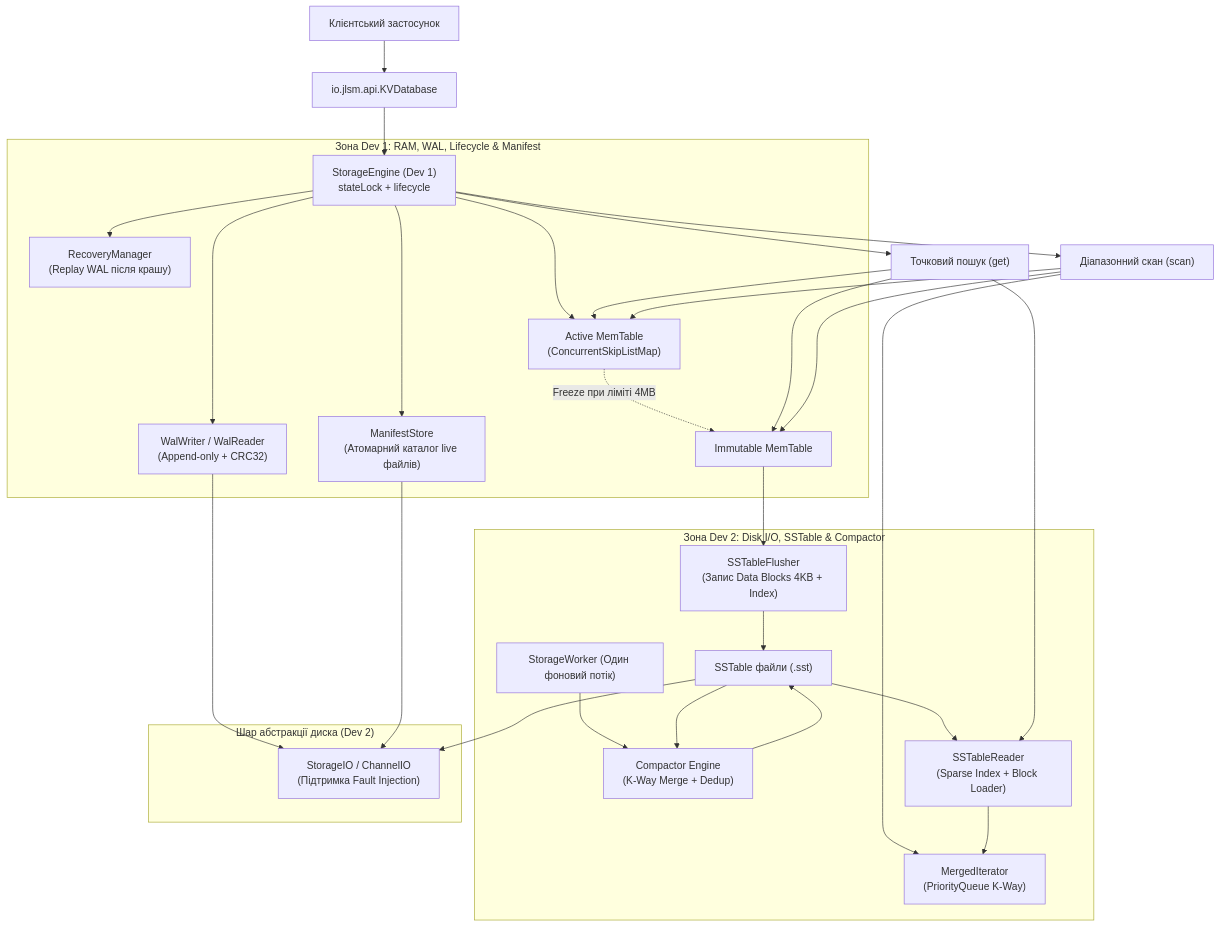
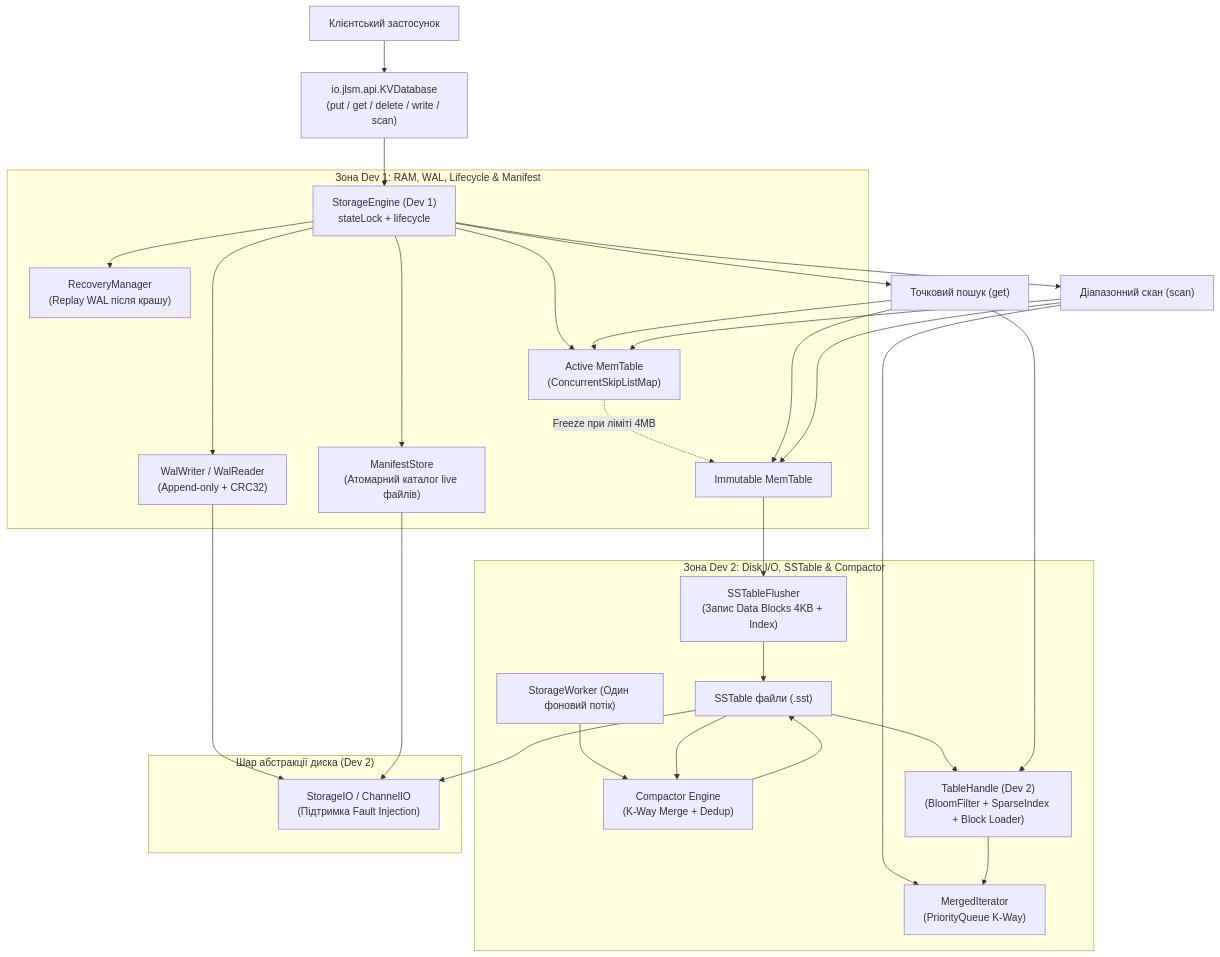
The first of 6 diagrams in docs/DEVELOPMENT.md (yakukhno02/J-LSM), drawn with Mermaid before and after one commit. The commit also changed other lines of this file, not shown here.

Commit message:
docs: update architecture and get flowcharts with BloomFilter and WriteBatch

````diff
--- a/docs/DEVELOPMENT.md
+++ b/docs/DEVELOPMENT.md
@@ -29,44 +29,44 @@
 ```mermaid
 flowchart TD
-    Client["Клієнтський застосунок"] --> API["io.jlsm.api.KVDatabase"]
+    Client["Клієнтський застосунок"] --> API["io.jlsm.api.KVDatabase<br>(put / get / delete / write / scan)"]
     API --> Engine["StorageEngine (Dev 1)<br>stateLock + lifecycle"]
       
     subgraph Dev1Scope["Зона Dev 1: RAM, WAL, Lifecycle & Manifest"]
         Engine --> WAL["WalWriter / WalReader<br>(Append-only + CRC32)"]
         Engine --> ActiveMT["Active MemTable<br>(ConcurrentSkipListMap)"]
         ActiveMT -.->|Freeze при ліміті 4MB| ImmMT["Immutable MemTable"]
         Engine --> Manifest["ManifestStore<br>(Атомарний каталог live файлів)"]
         Engine --> Recovery["RecoveryManager<br>(Replay WAL після крашу)"]
     end
 
     subgraph Dev2Scope["Зона Dev 2: Disk I/O, SSTable & Compactor"]
         Worker["StorageWorker (Один фоновий потік)"]
         ImmMT --> Flusher["SSTableFlusher<br>(Запис Data Blocks 4KB + Index)"]
         Flusher --> SSTFiles["SSTable файли (.sst)"]
         Worker --> Compactor["Compactor Engine<br>(K-Way Merge + Dedup)"]
         SSTFiles --> Compactor
         Compactor --> SSTFiles
-        TableReader["SSTableReader<br>(Sparse Index + Block Loader)"]
+        TableReader["TableHandle (Dev 2)<br>(BloomFilter + SparseIndex + Block Loader)"]
         SSTFiles --> TableReader
         MergeCursor["MergedIterator<br>(PriorityQueue K-Way)"]
     end
 
     Engine --> Reads["Точковий пошук (get)"]
     Reads --> ActiveMT
     Reads --> ImmMT
     Reads --> TableReader
 
     Engine --> Scans["Діапазонний скан (scan)"]
     Scans --> ActiveMT
     Scans --> ImmMT
     Scans --> MergeCursor
     TableReader --> MergeCursor
 
     subgraph IOScope["Шар абстракції диска (Dev 2)"]
         IO["StorageIO / ChannelIO<br>(Підтримка Fault Injection)"]
     end
 
     WAL --> IO
     Manifest --> IO
     SSTFiles --> IO
 ```
````
